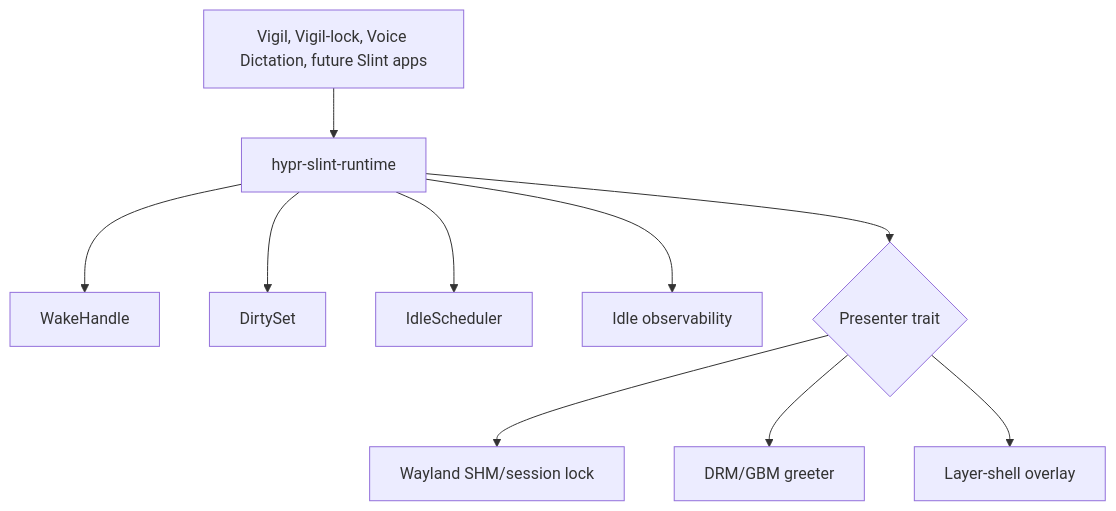
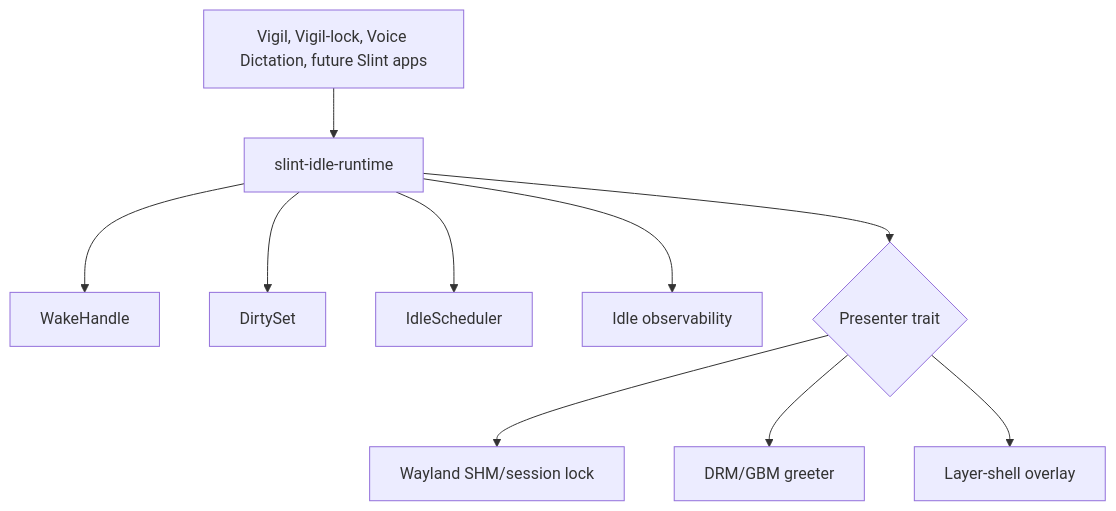
One commit to MasonRhodesDev/desktop-commons changed the second of 2 diagrams in docs/SLINT_IDLE_RUNTIME.md. Above: the diagram before and after it, drawn with Mermaid. The commit also changed other lines of this file and 39 other files, not shown here.

````diff
--- a/docs/SLINT_IDLE_RUNTIME.md
+++ b/docs/SLINT_IDLE_RUNTIME.md
@@ -90,12 +90,12 @@
 ```mermaid
 flowchart TB
-    A[Vigil, Vigil-lock, Voice Dictation, future Slint apps] --> R[hypr-slint-runtime]
+    A[Vigil, Vigil-lock, Voice Dictation, future Slint apps] --> R[slint-idle-runtime]
     R --> W[WakeHandle]
     R --> D[DirtySet]
     R --> S[IdleScheduler]
     R --> O[Idle observability]
     R --> P{Presenter trait}
     P --> L[Wayland SHM/session lock]
     P --> G[DRM/GBM greeter]
     P --> Y[Layer-shell overlay]
 ```
````
